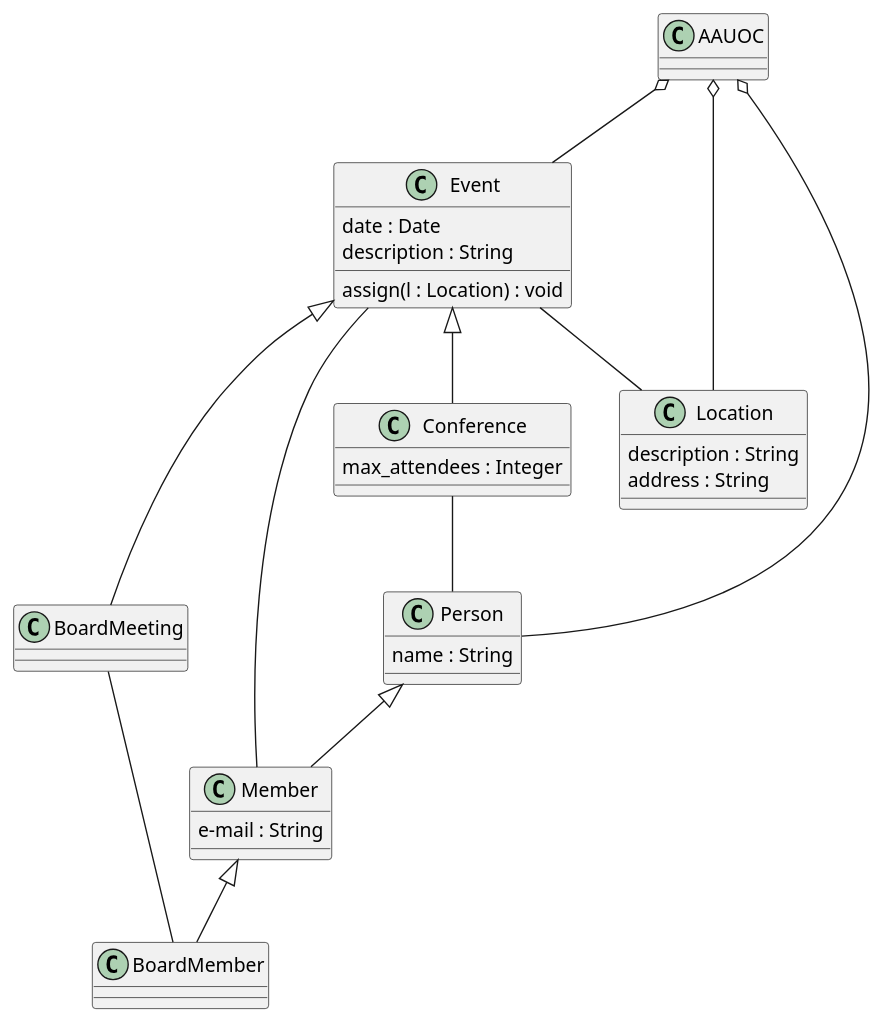
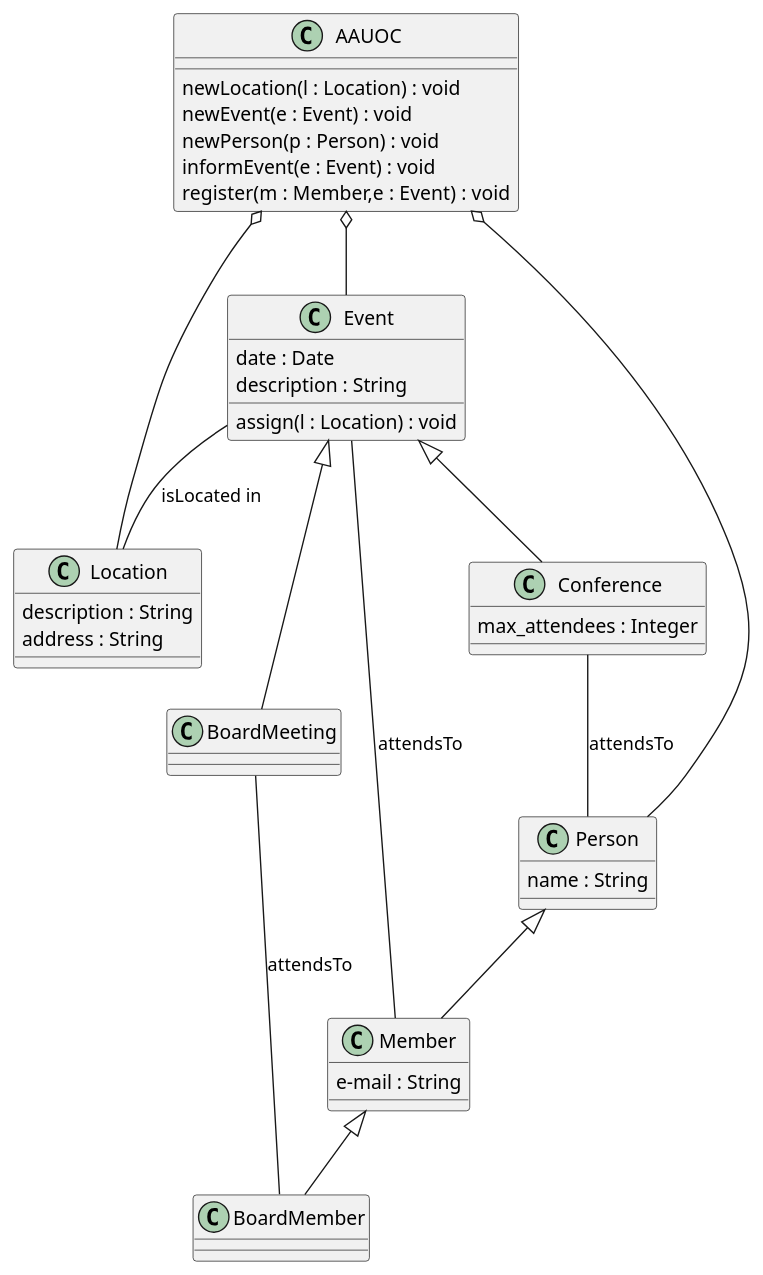
Before and after one commit to carniedom/UMLClases_CarmeloNietoDomene: the diagram in UMLClases_CND/UMLClases_CND.puml, drawn with PlantUML.

Commit message:
Sentido relaciones

```diff
--- a/UMLClases_CND/UMLClases_CND.puml
+++ b/UMLClases_CND/UMLClases_CND.puml
@@ -1,48 +1,52 @@
 @startuml
 class Member{
     e-mail : String
 }
 
 class BoardMember{
 }
 
 class Event{
     date : Date
     description : String
     assign(l : Location) : void
 }
 
 class Conference{
     max_attendees : Integer
 }
 
 class BoardMeeting{
 }
 
 class Location{
     description : String
     address : String
 }
 
 class Person{
     name : String
 }
 
 class AAUOC{
-    
+    newLocation(l : Location) : void
+    newEvent(e : Event) : void
+    newPerson(p : Person) : void
+    informEvent(e : Event) : void
+    register(m : Member,e : Event) : void
 }
 
 AAUOC o-- Event
 AAUOC o-- Person
 AAUOC o-- Location
-Event -- Location
-Event -- Member
+Event -- Location : isLocated in
+Event -- Member : attendsTo
 Event <|-- Conference
 Event <|-- BoardMeeting
-Conference -- Person
-BoardMeeting -- BoardMember
+Conference -- Person : attendsTo
+BoardMeeting -- BoardMember : attendsTo
 Person <|-- Member
 Member <|-- BoardMember
 
 
 @enduml
```
